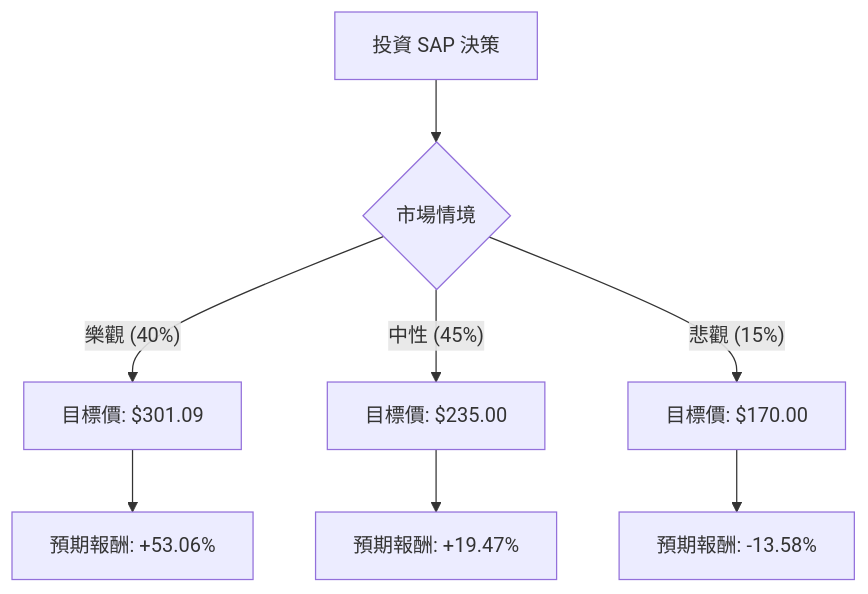
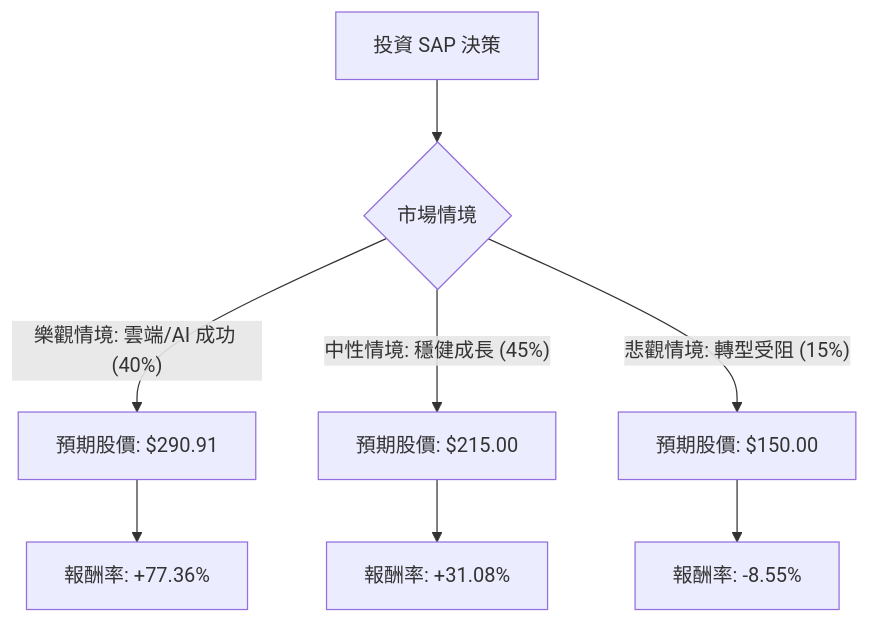
Before and after one commit to zmcx16/zmcx16.github.io: the diagram in plugin-react/ai-analysis/ev-analysis/SAP.md, drawn with Mermaid. The commit also changed other lines of this file and 75 other files, not shown here.

````diff
--- a/plugin-react/ai-analysis/ev-analysis/SAP.md
+++ b/plugin-react/ai-analysis/ev-analysis/SAP.md
@@ -19,12 +17,12 @@
 ```mermaid
 graph TD
     A[投資 SAP 決策] --> B{市場情境}
     
-    B -- 樂觀 (40%) --> C[目標價: $301.09]
-    B -- 中性 (45%) --> D[目標價: $235.00]
-    B -- 悲觀 (15%) --> E[目標價: $170.00]
+    B -- 樂觀情境: 雲端/AI 成功 (40%) --> C[預期股價: $290.91]
+    B -- 中性情境: 穩健成長 (45%) --> D[預期股價: $215.00]
+    B -- 悲觀情境: 轉型受阻 (15%) --> E[預期股價: $150.00]
 
-    C --> F[預期報酬: +53.06%]
-    D --> G[預期報酬: +19.47%]
-    E --> H[預期報酬: -13.58%]
+    C --> F[報酬率: +77.36%]
+    D --> G[報酬率: +31.08%]
+    E --> H[報酬率: -8.55%]
 ```
````
